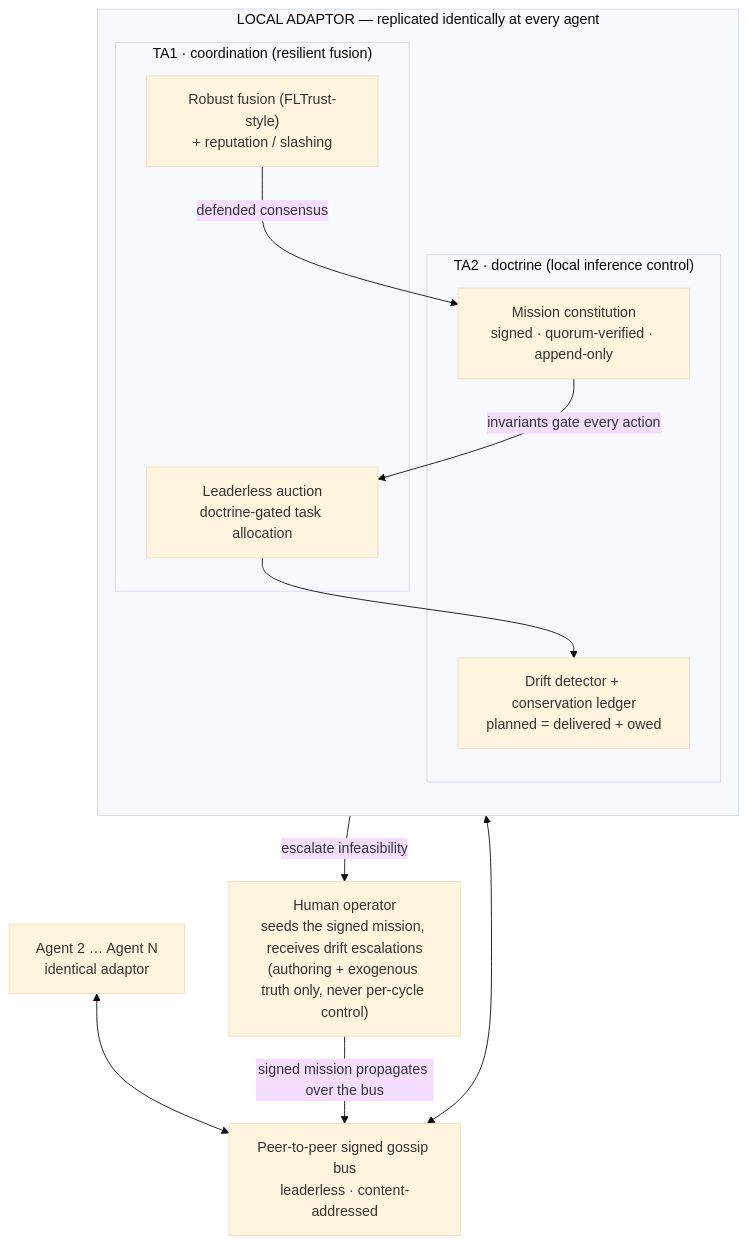
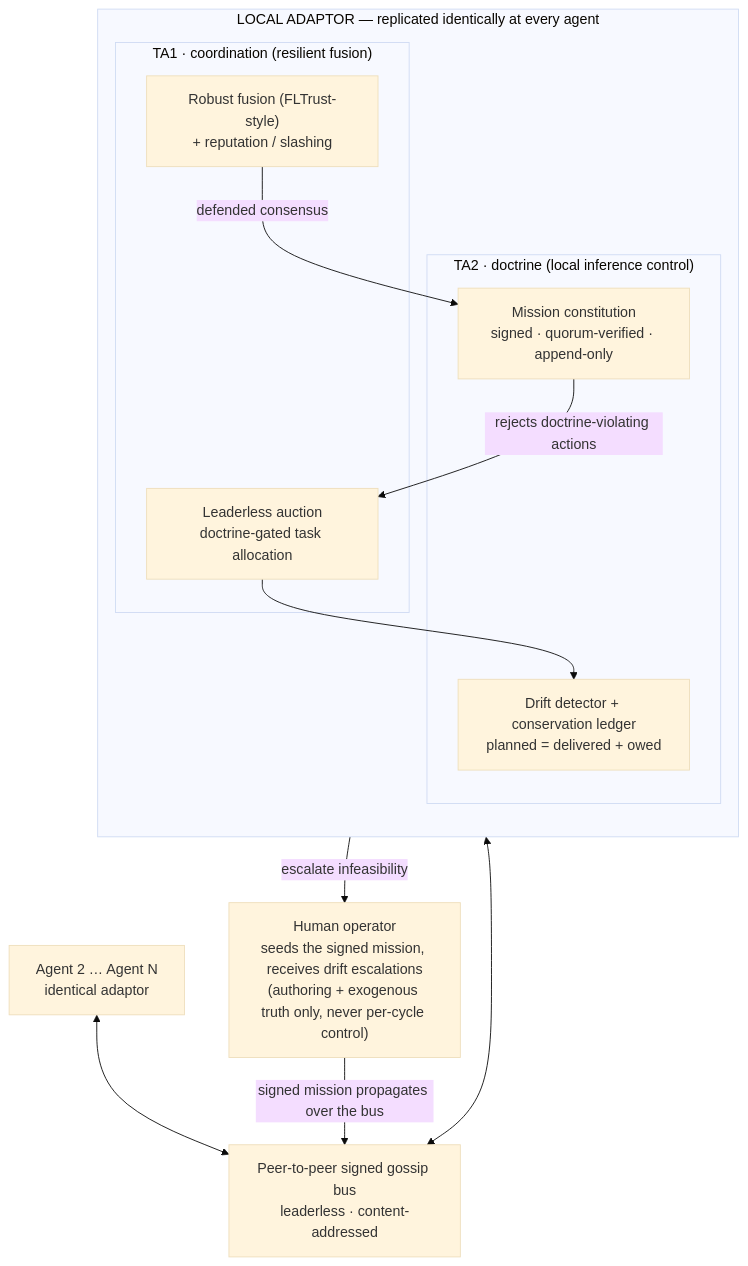
Before and after one commit to seanbradley/ryujin: the first of 2 diagrams in README.md, drawn with Mermaid (base theme). The commit also changed other lines of this file and 2 other files, not shown here.

````diff
--- a/README.md
+++ b/README.md
@@ -43,34 +44,34 @@
 ```mermaid
 flowchart TB
     HUMAN["Human operator
 seeds the signed mission, receives drift escalations
 (authoring + exogenous truth only, never per-cycle control)"]
 
     subgraph NODE["LOCAL ADAPTOR — replicated identically at every agent"]
       direction TB
       subgraph TA2["TA2 · doctrine (local inference control)"]
         DOC["Mission constitution
 signed · quorum-verified · append-only"]
         DRIFT["Drift detector + conservation ledger
 planned = delivered + owed"]
       end
       subgraph TA1["TA1 · coordination (resilient fusion)"]
         AUCT["Leaderless auction
 doctrine-gated task allocation"]
         FUSE["Robust fusion (FLTrust-style)
 + reputation / slashing"]
       end
-      DOC -->|invariants gate every action| AUCT
+      DOC -->|rejects doctrine-violating actions| AUCT
       FUSE -->|defended consensus| DOC
       AUCT --> DRIFT
     end
 
     BUS["Peer-to-peer signed gossip bus
 leaderless · content-addressed"]
     NODE <--> BUS
     PEERS["Agent 2 … Agent N
 identical adaptor"] <--> BUS
 
     HUMAN -->|signed mission propagates over the bus| BUS
     DRIFT -->|escalate infeasibility| HUMAN
 ```
````
